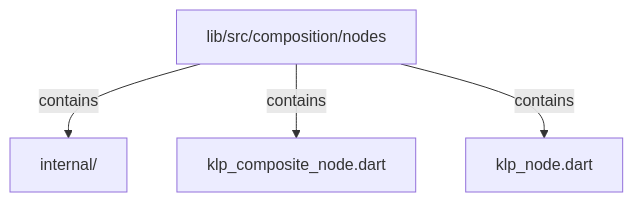
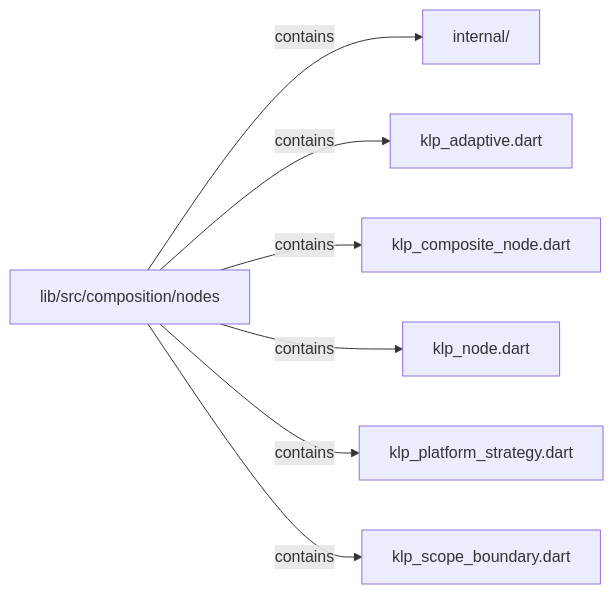
The second of 2 diagrams in docs/architecture/src/composition/nodes/README.md (MiuDog/Kallopis), drawn with Mermaid before and after one commit. The commit also changed other lines of this file and 9688 other files, not shown here.

Commit message:
Prepare isolated Flow F2 peer baseline

````diff
--- a/docs/architecture/src/composition/nodes/README.md
+++ b/docs/architecture/src/composition/nodes/README.md
@@ -32,10 +46,16 @@
 ```mermaid
-flowchart TD
+flowchart LR
 	n0["lib/src/composition/nodes"]
 	n1["internal/"]
-	n2["klp_composite_node.dart"]
-	n3["klp_node.dart"]
+	n2["klp_adaptive.dart"]
+	n3["klp_composite_node.dart"]
+	n4["klp_node.dart"]
+	n5["klp_platform_strategy.dart"]
+	n6["klp_scope_boundary.dart"]
 	n0 -->|"contains"| n1
 	n0 -->|"contains"| n2
 	n0 -->|"contains"| n3
+	n0 -->|"contains"| n4
+	n0 -->|"contains"| n5
+	n0 -->|"contains"| n6
 ```
````
